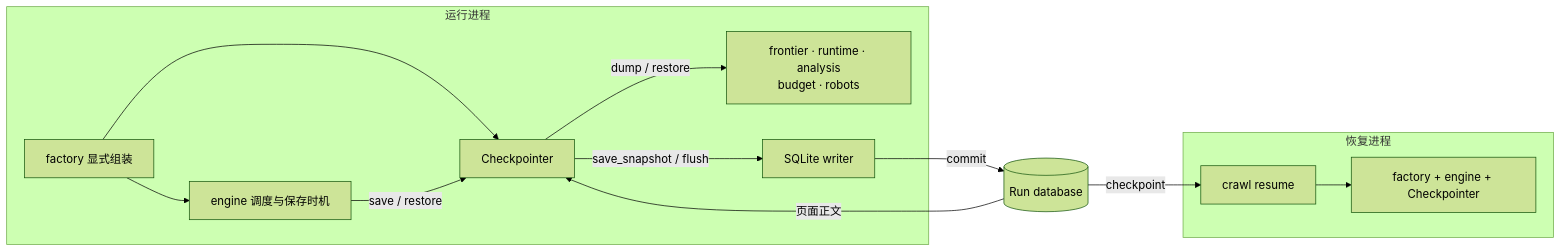
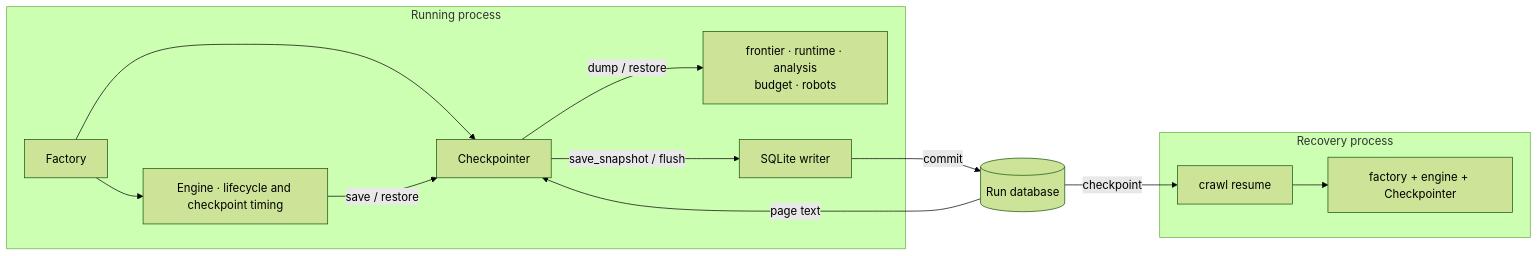
One commit to shixuan/crawl-me-maybe changed the third of 3 diagrams in docs/arch.md. Above: the diagram before and after it, drawn with Mermaid (forest theme). The commit also changed other lines of this file and 49 other files, not shown here.

````diff
--- a/docs/arch.md
+++ b/docs/arch.md
@@ -354,16 +393,16 @@
 ```mermaid
 flowchart LR
-  subgraph Process["运行进程"]
-    Factory["factory 显式组装"] --> Engine
+  subgraph Process["Running process"]
+    Factory["Factory"] --> Engine
     Factory --> CP["Checkpointer"]
-    Engine["engine 调度与保存时机"] -->|save / restore| CP
+    Engine["Engine · lifecycle and checkpoint timing"] -->|save / restore| CP
     CP -->|dump / restore| States["frontier · runtime · analysis<br/>budget · robots"]
     CP -->|save_snapshot / flush| Writer["SQLite writer"]
   end
   Writer -->|commit| DB[("Run database")]
-  DB -->|页面正文| CP
-  subgraph New["恢复进程"]
+  DB -->|page text| CP
+  subgraph New["Recovery process"]
     Resume["crawl resume"] --> Restored["factory + engine + Checkpointer"]
   end
   DB -->|checkpoint| Resume
 ```
````
